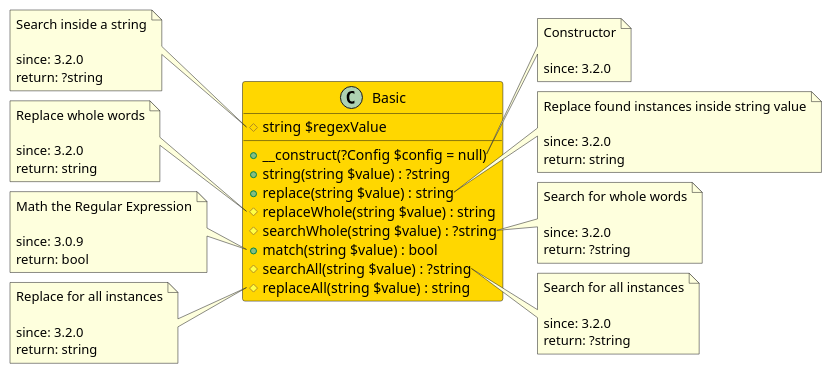
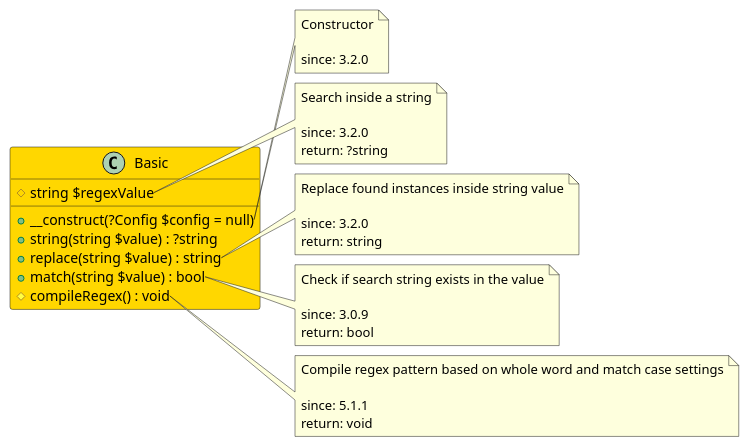
One commit to joomengine/search changed the diagram in src/db093eca-63b3-4d6c-9232-3ceb058121c0/README.md. Above: the diagram before and after it, drawn with PlantUML. The commit also changed other lines of this file and 33 other files, not shown here.

````diff
--- a/src/db093eca-63b3-4d6c-9232-3ceb058121c0/README.md
+++ b/src/db093eca-63b3-4d6c-9232-3ceb058121c0/README.md
@@ -13,71 +6,48 @@
 ```uml
 @startuml
+
 class Basic  #Gold {
   # string $regexValue
   + __construct(?Config $config = null)
   + string(string $value) : ?string
   + replace(string $value) : string
-  # replaceWhole(string $value) : string
-  # searchWhole(string $value) : ?string
   + match(string $value) : bool
-  # searchAll(string $value) : ?string
-  # replaceAll(string $value) : string
+  # compileRegex() : void
 }
 
 note right of Basic::__construct
   Constructor
 
   since: 3.2.0
 end note
 
-note left of Basic::string
+note right of Basic::string
   Search inside a string
 
   since: 3.2.0
   return: ?string
 end note
 
 note right of Basic::replace
   Replace found instances inside string value
 
   since: 3.2.0
   return: string
 end note
 
-note left of Basic::replaceWhole
-  Replace whole words
-
-  since: 3.2.0
-  return: string
-end note
-
-note right of Basic::searchWhole
-  Search for whole words
-
-  since: 3.2.0
-  return: ?string
-end note
-
-note left of Basic::match
-  Math the Regular Expression
+note right of Basic::match
+  Check if search string exists in the value
 
   since: 3.0.9
   return: bool
 end note
 
-note right of Basic::searchAll
-  Search for all instances
+note right of Basic::compileRegex
+  Compile regex pattern based on whole word and match case settings
 
-  since: 3.2.0
-  return: ?string
+  since: 5.1.1
+  return: void
 end note
 
-note left of Basic::replaceAll
-  Replace for all instances
-
-  since: 3.2.0
-  return: string
-end note
- 
 @enduml
 ```
````
